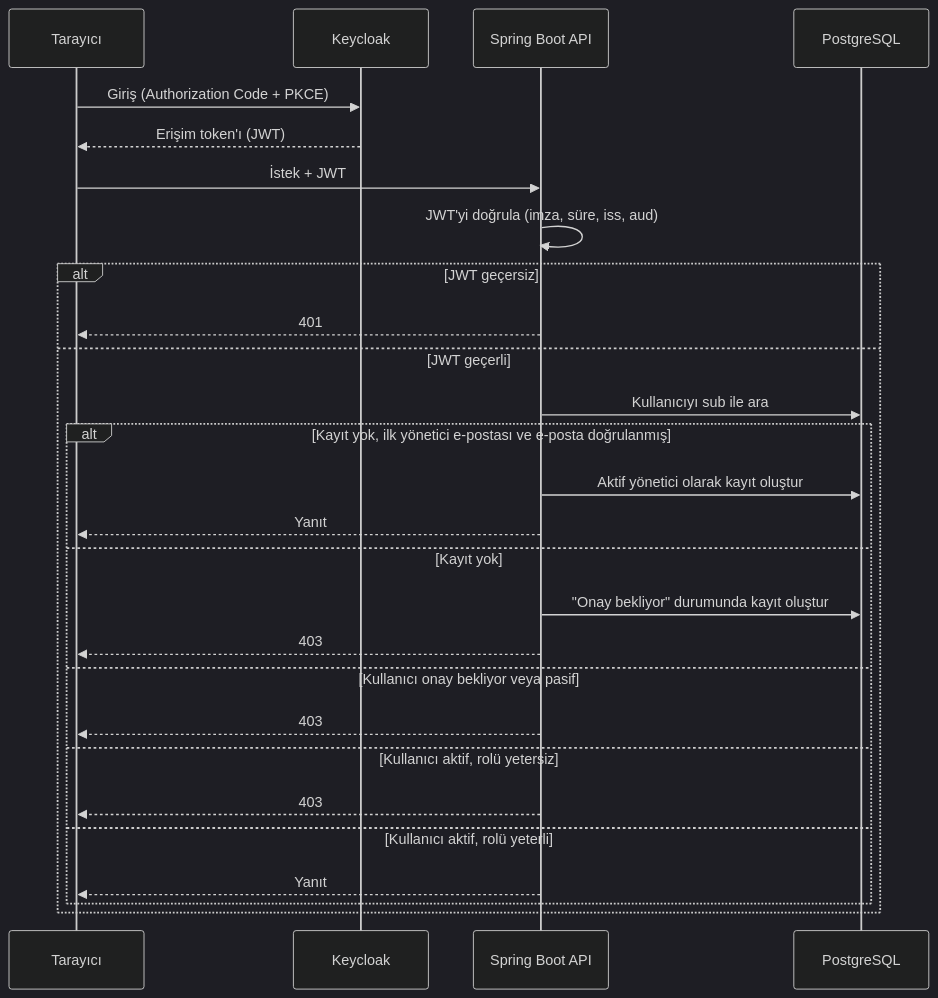
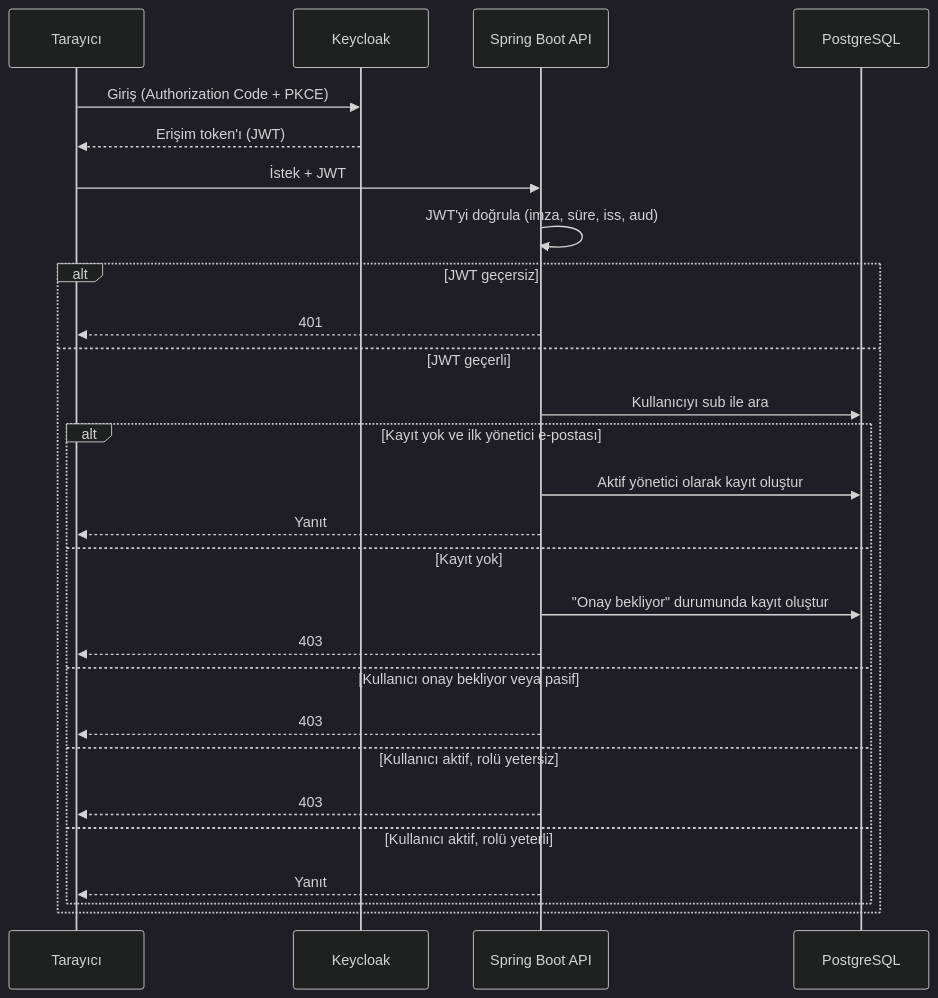
The sixth of 8 diagrams in docs/04-mimari.md (FallErdem/haber-arama-platformu), drawn with Mermaid (dark theme) before and after one commit. The commit also changed other lines of this file and 5 other files, not shown here.

````diff
--- a/docs/04-mimari.md
+++ b/docs/04-mimari.md
@@ -198,30 +198,30 @@
 ```mermaid
 sequenceDiagram
     participant B as Tarayıcı
     participant KC as Keycloak
     participant A as Spring Boot API
     participant PG as PostgreSQL
 
     B->>KC: Giriş (Authorization Code + PKCE)
     KC-->>B: Erişim token'ı (JWT)
     B->>A: İstek + JWT
     A->>A: JWT'yi doğrula (imza, süre, iss, aud)
     alt JWT geçersiz
         A-->>B: 401
     else JWT geçerli
         A->>PG: Kullanıcıyı sub ile ara
-        alt Kayıt yok, ilk yönetici e-postası ve e-posta doğrulanmış
+        alt Kayıt yok ve ilk yönetici e-postası
             A->>PG: Aktif yönetici olarak kayıt oluştur
             A-->>B: Yanıt
         else Kayıt yok
             A->>PG: "Onay bekliyor" durumunda kayıt oluştur
             A-->>B: 403
         else Kullanıcı onay bekliyor veya pasif
             A-->>B: 403
         else Kullanıcı aktif, rolü yetersiz
             A-->>B: 403
         else Kullanıcı aktif, rolü yeterli
             A-->>B: Yanıt
         end
     end
 ```
````
